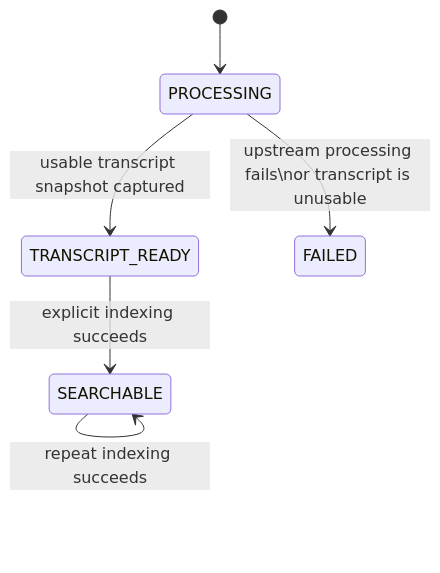
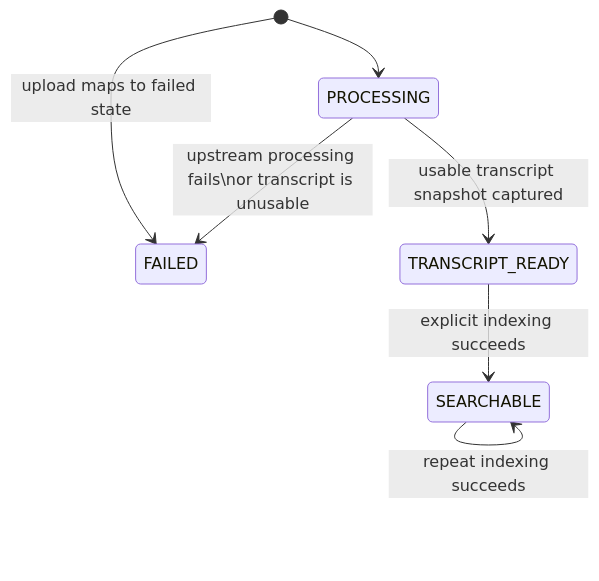
Before and after one commit to quangducnguyen1205/ai-knowledge-workspace: the fifth of 6 diagrams in docs/architecture/05-end-to-end-diagram-pack.md, drawn with Mermaid. The commit also changed other lines of this file, not shown here.

Commit message:
docs(architecture): refine reviewer diagram pack for current-state accuracy

````diff
--- a/docs/architecture/05-end-to-end-diagram-pack.md
+++ b/docs/architecture/05-end-to-end-diagram-pack.md
@@ -185,8 +190,9 @@
 ```mermaid
 stateDiagram-v2
     [*] --> PROCESSING
+    [*] --> FAILED: upload maps to failed state
     PROCESSING --> TRANSCRIPT_READY: usable transcript snapshot captured
     PROCESSING --> FAILED: upstream processing fails\nor transcript is unusable
     TRANSCRIPT_READY --> SEARCHABLE: explicit indexing succeeds
     SEARCHABLE --> SEARCHABLE: repeat indexing succeeds
 ```
````
